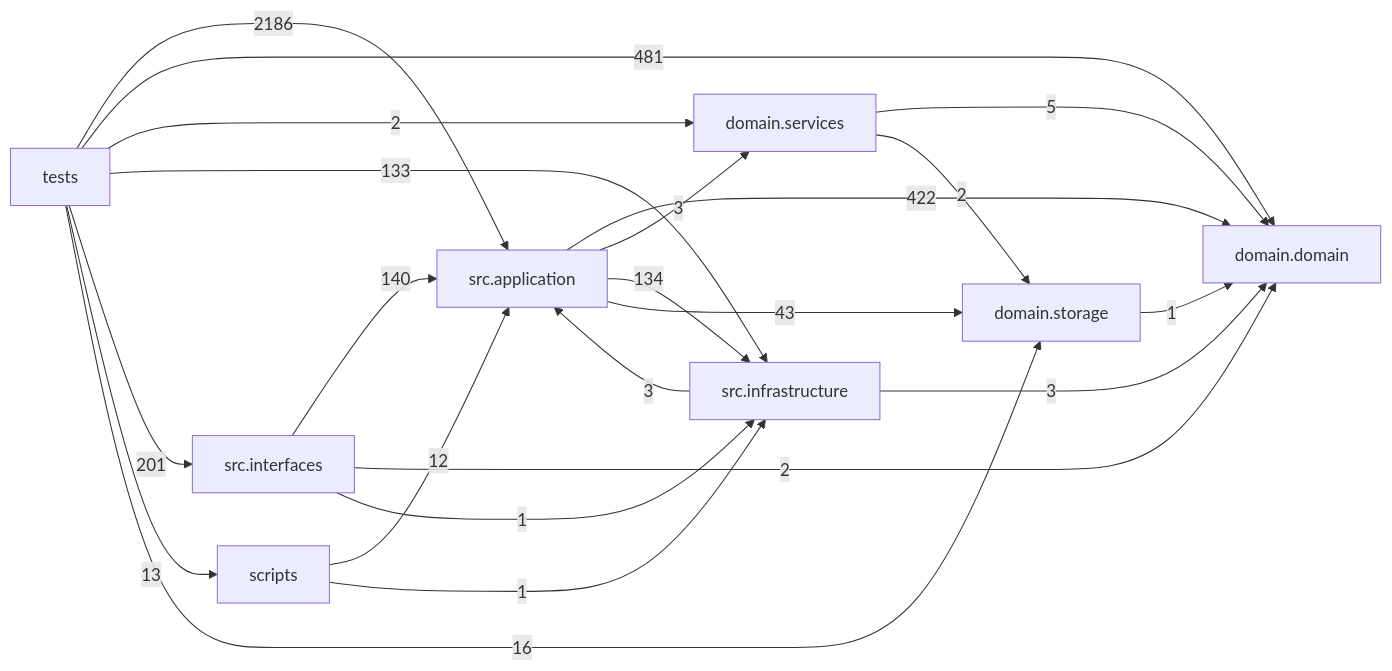
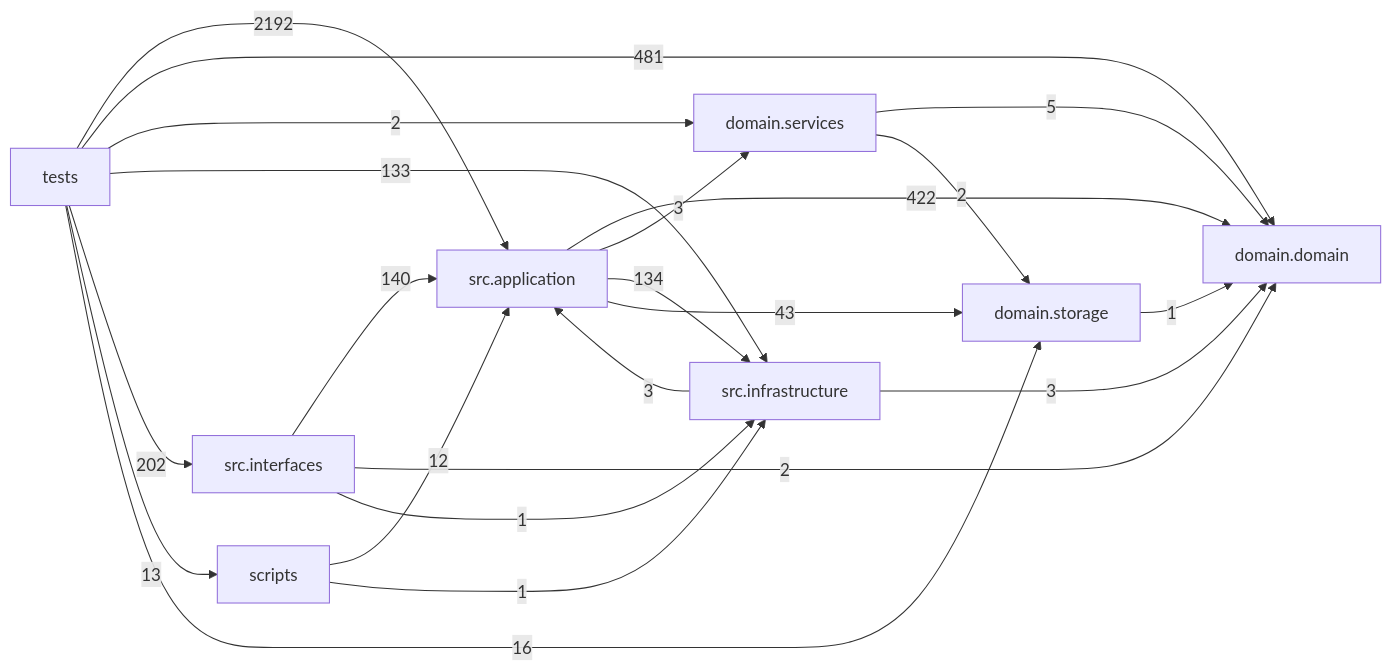
The diagram in docs/DEPENDENCY_GRAPH.md (liuxie066/options-monitor), drawn with Mermaid before and after one commit. The commit also changed other lines of this file and 6 other files, not shown here.

````diff
--- a/docs/DEPENDENCY_GRAPH.md
+++ b/docs/DEPENDENCY_GRAPH.md
@@ -24,32 +24,32 @@
 ```mermaid
 flowchart LR
   tests["tests"]
   scripts["scripts"]
   interfaces["src.interfaces"]
   application["src.application"]
   infrastructure["src.infrastructure"]
   domain_services["domain.services"]
   domain["domain.domain"]
   storage["domain.storage"]
   application -->|422| domain
   application -->|3| domain_services
   application -->|134| infrastructure
   application -->|43| storage
   domain_services -->|5| domain
   domain_services -->|2| storage
   infrastructure -->|3| application
   infrastructure -->|3| domain
   interfaces -->|140| application
   interfaces -->|2| domain
   interfaces -->|1| infrastructure
   scripts -->|12| application
   scripts -->|1| infrastructure
   storage -->|1| domain
-  tests -->|2186| application
+  tests -->|2192| application
   tests -->|481| domain
   tests -->|2| domain_services
   tests -->|133| infrastructure
-  tests -->|201| interfaces
+  tests -->|202| interfaces
   tests -->|13| scripts
   tests -->|16| storage
 ```
````
